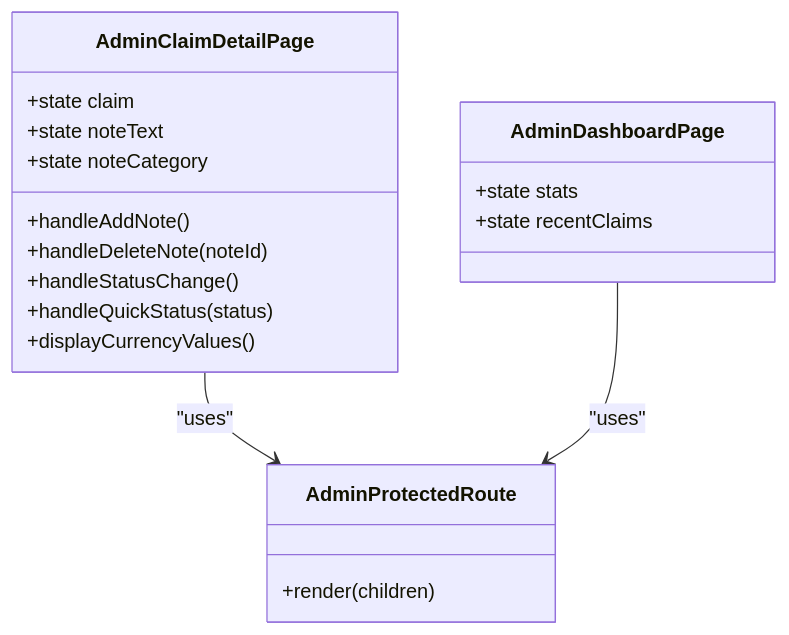
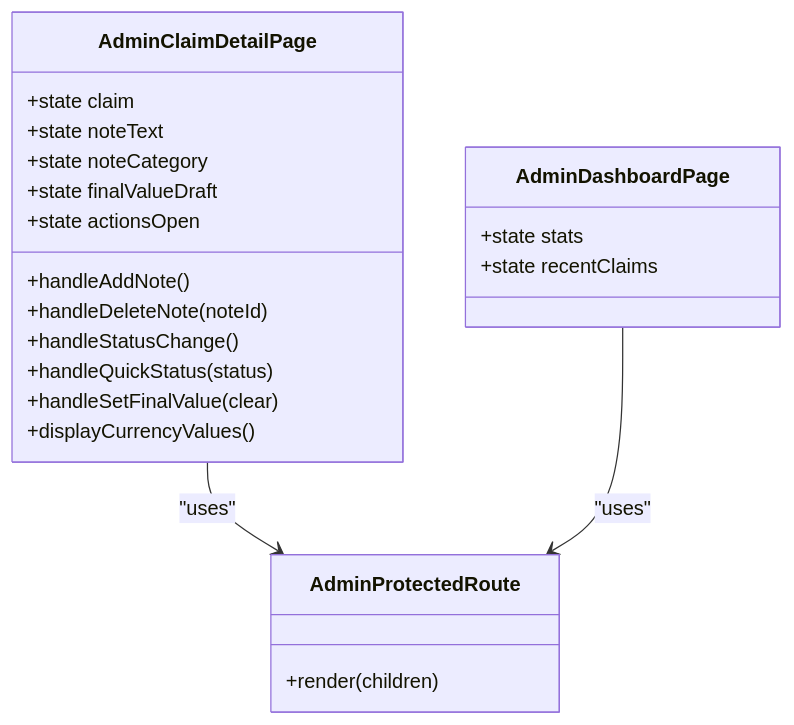
One commit to NaveenHiranya/Smart-Vehicle-Insurance-Claim-System changed the sixth of 7 diagrams in .qoder/repowiki/en/content/Frontend Documentation/Pages and Views/Admin Pages/Admin Note System.md. Above: the diagram before and after it, drawn with Mermaid. The commit also changed other lines of this file and 31 other files, not shown here.

````diff
--- a/.qoder/repowiki/en/content/Frontend Documentation/Pages and Views/Admin Pages/Admin Note System.md
+++ b/.qoder/repowiki/en/content/Frontend Documentation/Pages and Views/Admin Pages/Admin Note System.md
@@ -279,22 +314,25 @@
 ```mermaid
 classDiagram
 class AdminClaimDetailPage {
 +state claim
 +state noteText
 +state noteCategory
++state finalValueDraft
++state actionsOpen
 +handleAddNote()
 +handleDeleteNote(noteId)
 +handleStatusChange()
 +handleQuickStatus(status)
++handleSetFinalValue(clear)
 +displayCurrencyValues()
 }
 class AdminProtectedRoute {
 +render(children)
 }
 class AdminDashboardPage {
 +state stats
 +state recentClaims
 }
 AdminClaimDetailPage --> AdminProtectedRoute : "uses"
 AdminDashboardPage --> AdminProtectedRoute : "uses"
 ```
````
